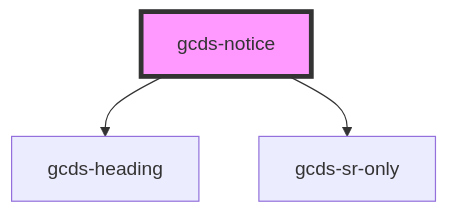
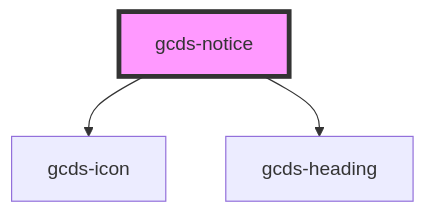
One commit to cds-snc/gcds-components changed the diagram in packages/web/src/components/gcds-notice/readme.md. Above: the diagram before and after it, drawn with Mermaid. The commit also changed other lines of this file and 11 other files, not shown here.

````diff
--- a/packages/web/src/components/gcds-notice/readme.md
+++ b/packages/web/src/components/gcds-notice/readme.md
@@ -24,6 +25,6 @@
 ```mermaid
 graph TD;
+  gcds-notice --> gcds-icon
   gcds-notice --> gcds-heading
-  gcds-notice --> gcds-sr-only
   style gcds-notice fill:#f9f,stroke:#333,stroke-width:4px
 ```
````
